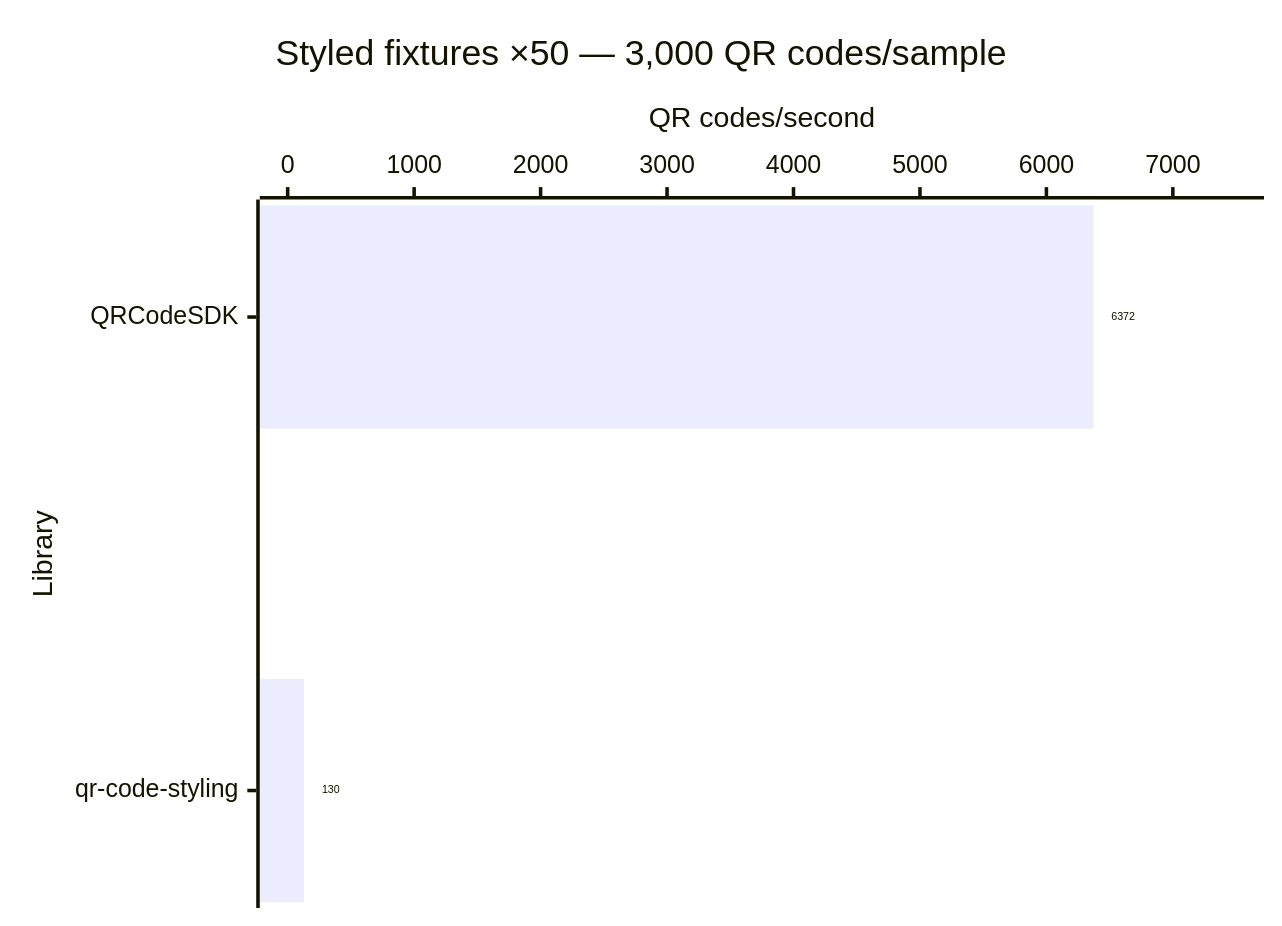
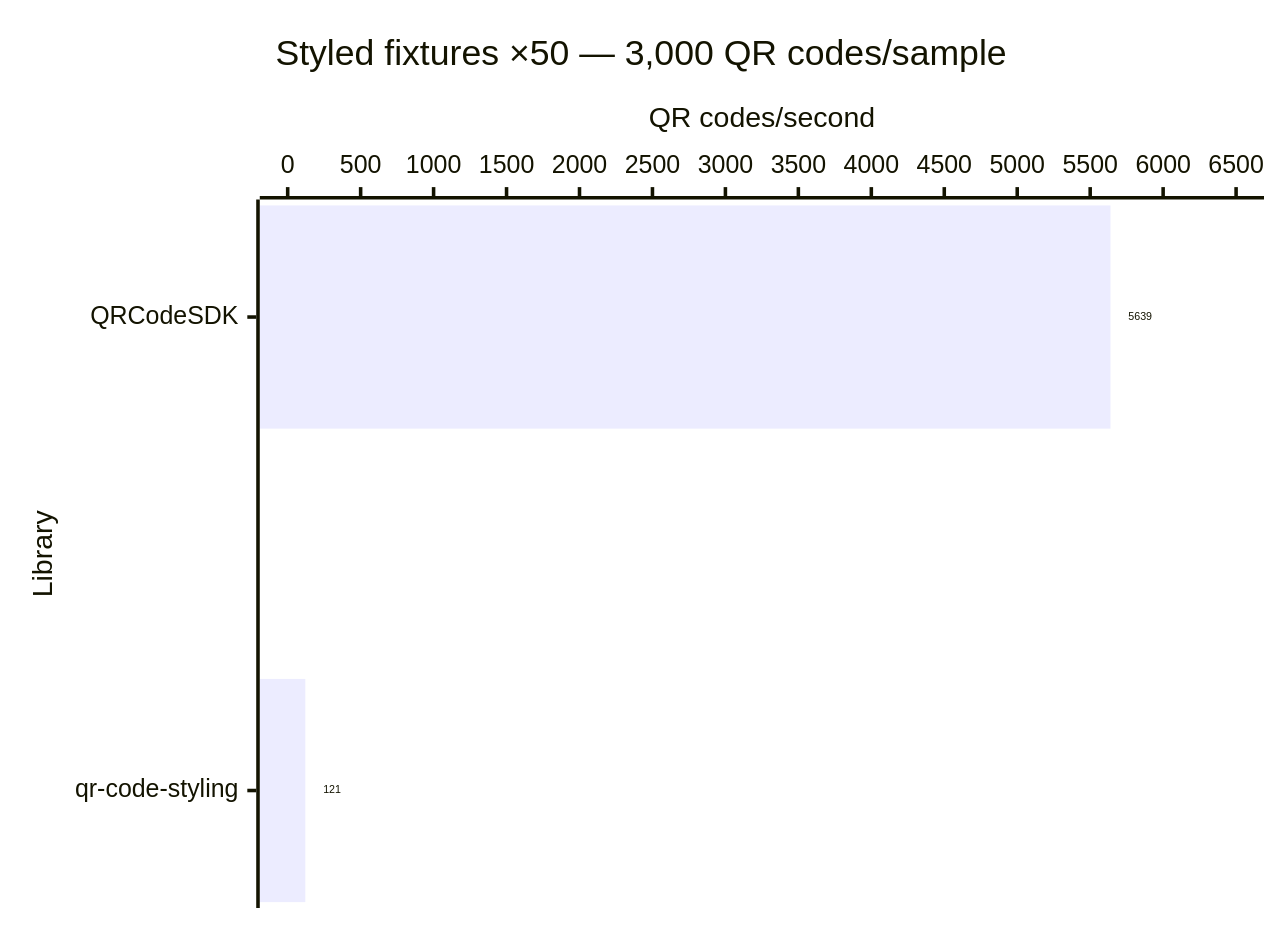
One commit to Dafnik/qrcodesdk changed diagram 14 of 14 in apps/docs/src/content/docs/learn/performance.md. Above: the diagram before and after it, drawn with Mermaid. The commit also changed other lines of this file and 75 other files, not shown here.

````diff
--- a/apps/docs/src/content/docs/learn/performance.md
+++ b/apps/docs/src/content/docs/learn/performance.md
@@ -300,15 +300,15 @@
 ```mermaid
 ---
 config:
   xyChart:
     showDataLabel: true
     showDataLabelOutsideBar: true
 ---
 xychart horizontal
   accTitle: Styled SVG generation: Styled fixtures ×50 — 3,000 QR codes/sample
-  accDescr: Throughput calculated from median time. QRCodeSDK 6,372 QR codes per second, qr-code-styling 130 QR codes per second. Higher is better.
+  accDescr: Throughput calculated from median time. QRCodeSDK 5,639 QR codes per second, qr-code-styling 121 QR codes per second. Higher is better.
   title "Styled fixtures ×50 — 3,000 QR codes/sample"
   x-axis "Library" ["QRCodeSDK", "qr-code-styling"]
-  y-axis "QR codes/second" 0 --> 7500
-  bar [6372, 130]
+  y-axis "QR codes/second" 0 --> 6500
+  bar [5639, 121]
 ```
````
